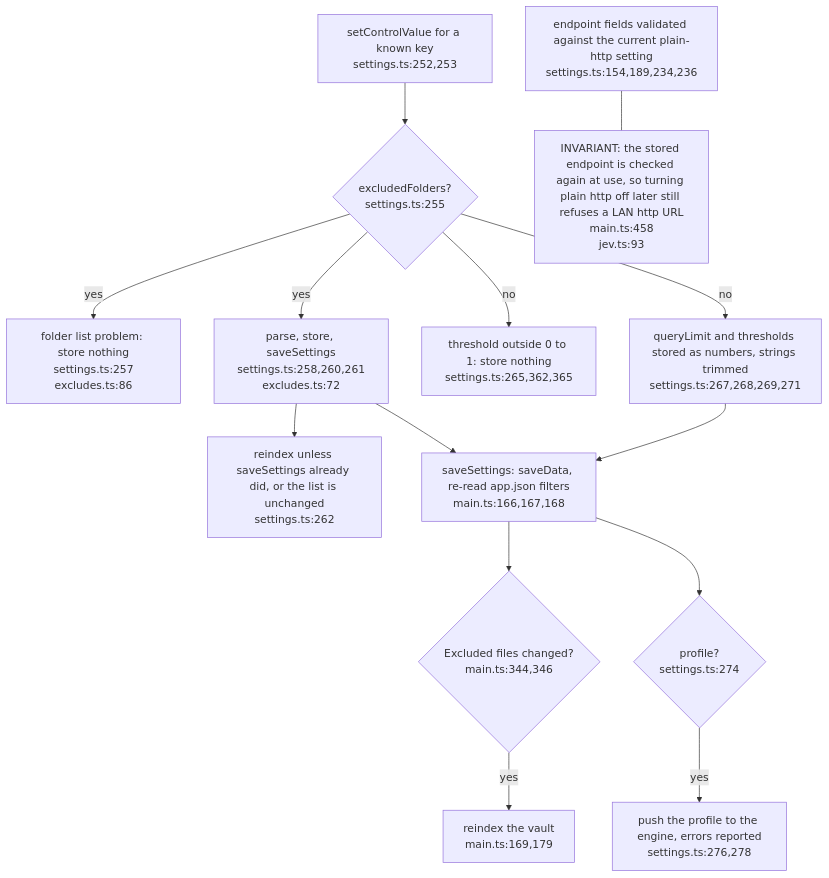
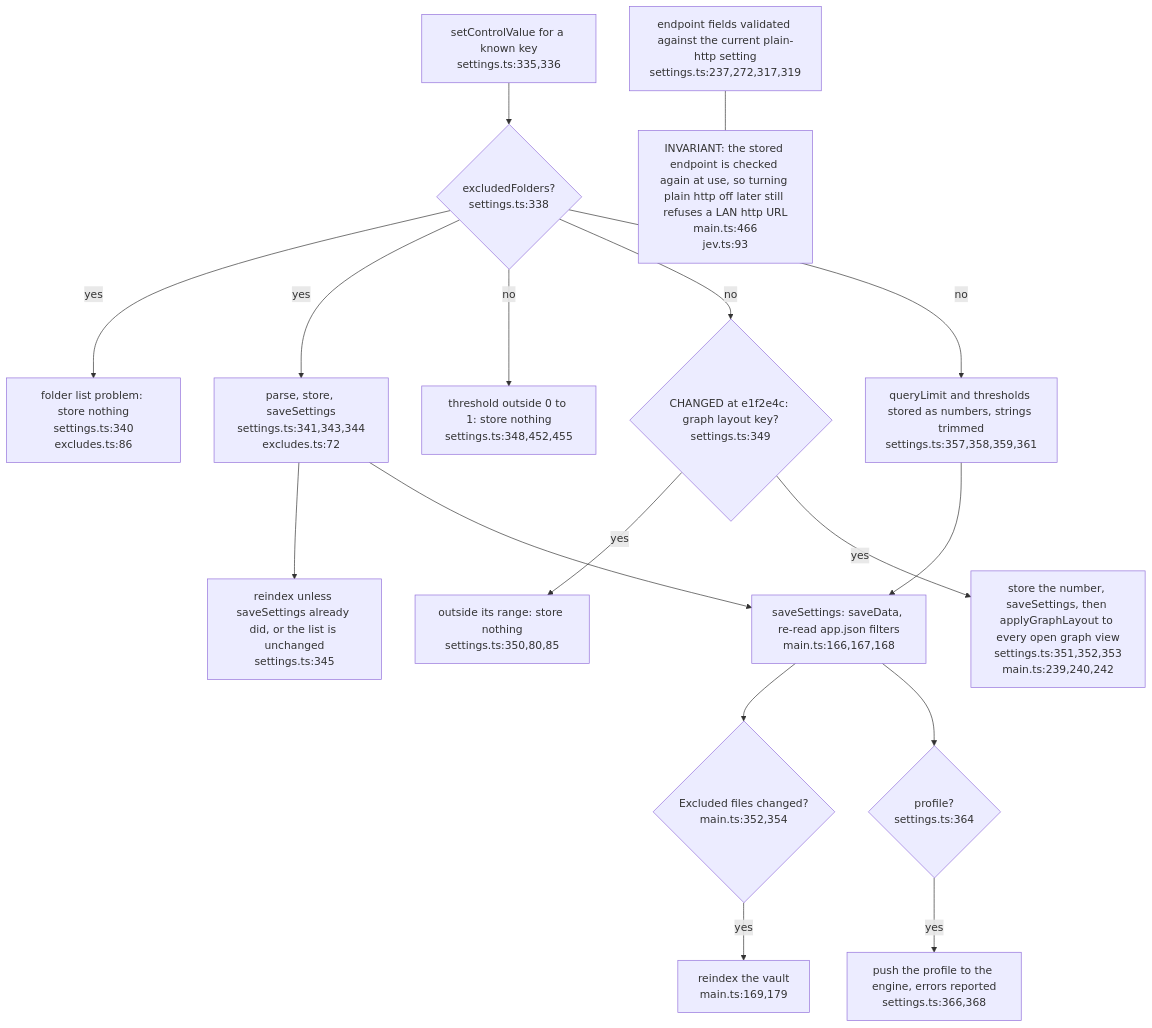
Before and after one commit to DreamLab-AI/VisionFlow: the third of 3 diagrams in docs/diagrams/ontomark-obsidian/03-settings-surface.md, drawn with Mermaid. The commit also changed other lines of this file and 20 other files, not shown here.

First line of the commit message:
docs(diagrams): ontomark and ontomark-obsidian re-verified (graph 0.4.0, plugin 0.6.0)

````diff
--- a/docs/diagrams/ontomark-obsidian/03-settings-surface.md
+++ b/docs/diagrams/ontomark-obsidian/03-settings-surface.md
@@ -77,27 +79,33 @@
 ```mermaid
 flowchart TD
-    SCV["setControlValue for a known key<br/>settings.ts:252,253"]
-    EXQ{"excludedFolders?<br/>settings.ts:255"}
-    BAD["folder list problem: store nothing<br/>settings.ts:257<br/>excludes.ts:86"]
-    PARSE["parse, store, saveSettings<br/>settings.ts:258,260,261<br/>excludes.ts:72"]
-    RX["reindex unless saveSettings already did, or the list is unchanged<br/>settings.ts:262"]
-    UNI["threshold outside 0 to 1: store nothing<br/>settings.ts:265,362,365"]
-    NUM["queryLimit and thresholds stored as numbers, strings trimmed<br/>settings.ts:267,268,269,271"]
+    SCV["setControlValue for a known key<br/>settings.ts:335,336"]
+    EXQ{"excludedFolders?<br/>settings.ts:338"}
+    BAD["folder list problem: store nothing<br/>settings.ts:340<br/>excludes.ts:86"]
+    PARSE["parse, store, saveSettings<br/>settings.ts:341,343,344<br/>excludes.ts:72"]
+    RX["reindex unless saveSettings already did, or the list is unchanged<br/>settings.ts:345"]
+    UNI["threshold outside 0 to 1: store nothing<br/>settings.ts:348,452,455"]
+    GLK{"CHANGED at e1f2e4c: graph layout key?<br/>settings.ts:349"}
+    GLB["outside its range: store nothing<br/>settings.ts:350,80,85"]
+    GLA["store the number, saveSettings, then applyGraphLayout to every open graph view<br/>settings.ts:351,352,353<br/>main.ts:239,240,242"]
+    NUM["queryLimit and thresholds stored as numbers, strings trimmed<br/>settings.ts:357,358,359,361"]
     SAVE["saveSettings: saveData, re-read app.json filters<br/>main.ts:166,167,168"]
-    FR{"Excluded files changed?<br/>main.ts:344,346"}
+    FR{"Excluded files changed?<br/>main.ts:352,354"}
     REIDX["reindex the vault<br/>main.ts:169,179"]
-    PROF{"profile?<br/>settings.ts:274"}
-    SETP["push the profile to the engine, errors reported<br/>settings.ts:276,278"]
+    PROF{"profile?<br/>settings.ts:364"}
+    SETP["push the profile to the engine, errors reported<br/>settings.ts:366,368"]
     SCV --> EXQ
     EXQ -->|yes| BAD
     EXQ -->|yes| PARSE --> RX
     EXQ -->|no| UNI
+    EXQ -->|no| GLK
+    GLK -->|yes| GLB
+    GLK -->|yes| GLA
     EXQ -->|no| NUM --> SAVE --> FR
     FR -->|yes| REIDX
     SAVE --> PROF
     PROF -->|yes| SETP
     PARSE --> SAVE
-    EP["endpoint fields validated against the current plain-http setting<br/>settings.ts:154,189,234,236"]
-    INV["INVARIANT: the stored endpoint is checked again at use, so turning plain http off later still refuses a LAN http URL<br/>main.ts:458<br/>jev.ts:93"]
+    EP["endpoint fields validated against the current plain-http setting<br/>settings.ts:237,272,317,319"]
+    INV["INVARIANT: the stored endpoint is checked again at use, so turning plain http off later still refuses a LAN http URL<br/>main.ts:466<br/>jev.ts:93"]
     EP --- INV
 ```
````
